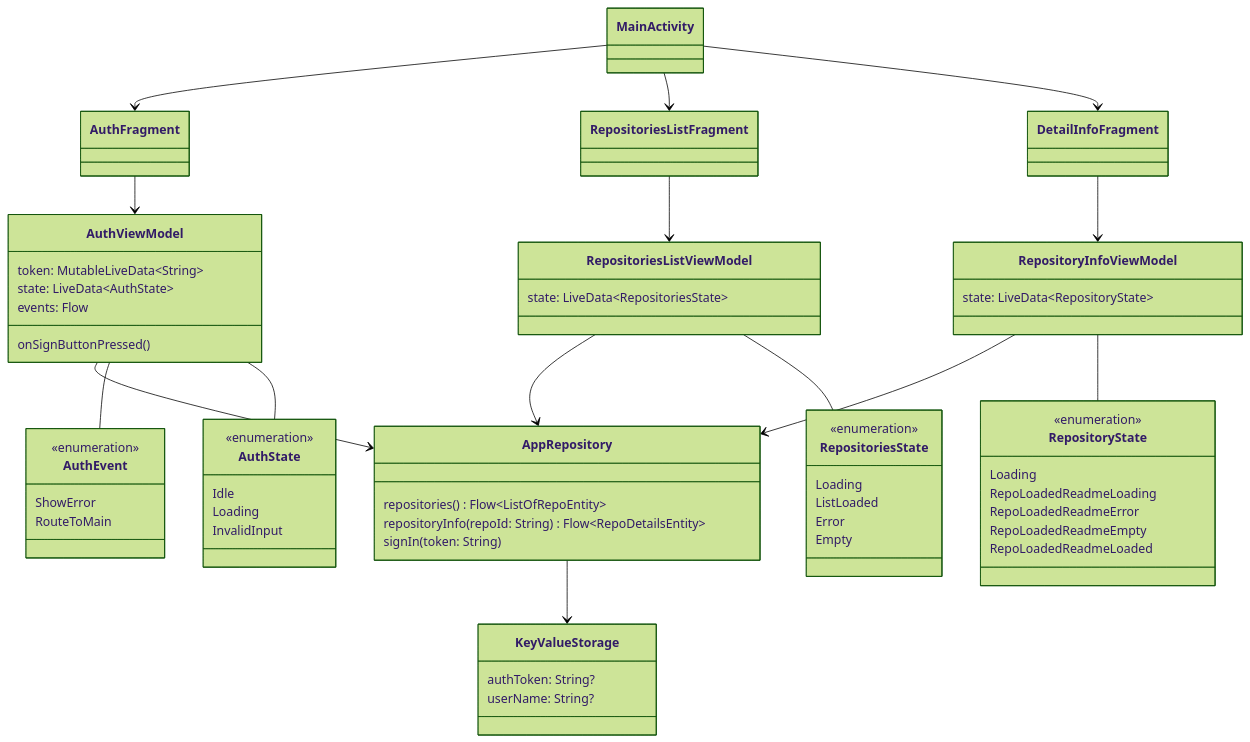
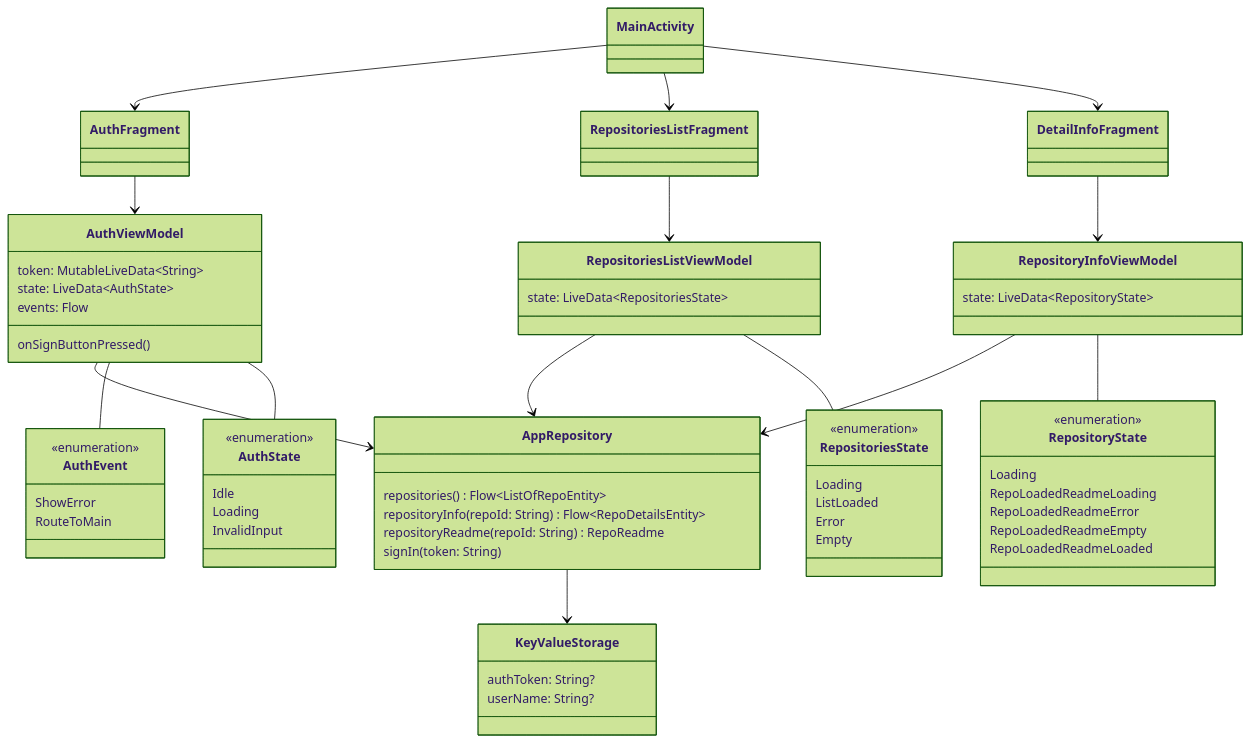
One commit to icerockdev/kmm.icerock.dev changed the diagram in university/1-android-basics/practice.md. Above: the diagram before and after it, drawn with Mermaid (forest theme). The commit also changed 1 other file, not shown here.

Commit message:
update practice for iOS

```diff
--- a/university/1-android-basics/practice.md
+++ b/university/1-android-basics/practice.md
@@ -101,6 +101,7 @@
    class AppRepository:::android {
       repositories() Flow~ListOfRepoEntity~
       repositoryInfo(repoId: String) Flow~RepoDetailsEntity~
+      repositoryReadme(repoId: String) RepoReadme
       signIn(token: String)
    }
    
```
